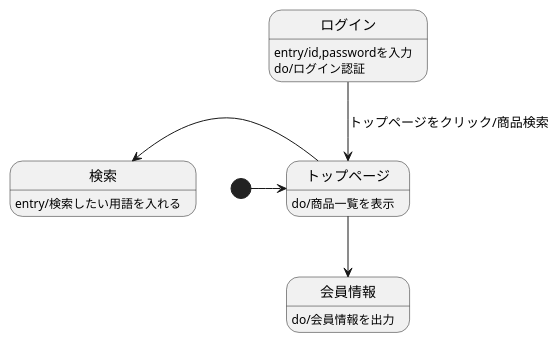
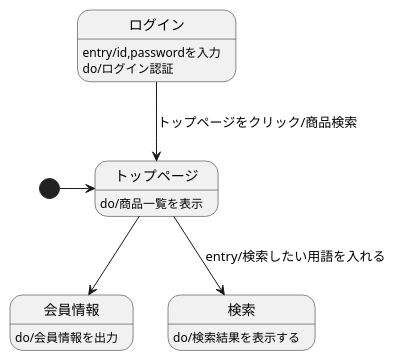
The diagram in 画面遷移図(original).md (Aso2001224/2021sys-design), drawn with PlantUML before and after one commit.

````diff
--- a/画面遷移図(original).md
+++ b/画面遷移図(original).md
@@ -1,13 +1,13 @@
 ```uml
 @startuml
 [*]->トップページ
 トップページ:do/商品一覧を表示
 ログイン-->トップページ:トップページをクリック/商品検索
 ログイン:entry/id,passwordを入力
 ログイン:do/ログイン認証
 トップページ-->会員情報
 会員情報:do/会員情報を出力
-トップページ-left->検索
-検索:entry/検索したい用語を入れる
+トップページ-->検索:entry/検索したい用語を入れる
+検索:do/検索結果を表示する
 @enduml
 ```
````
